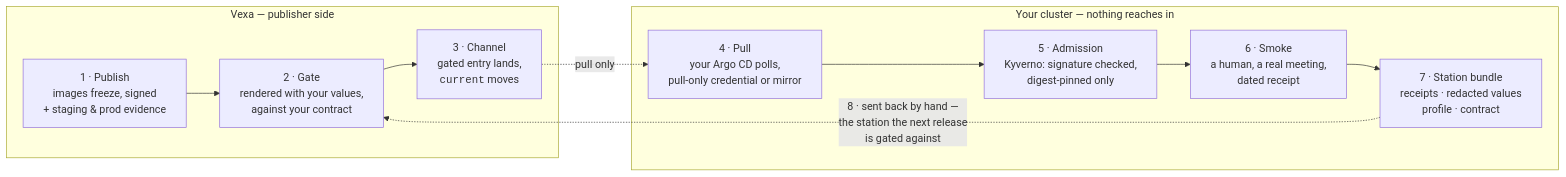
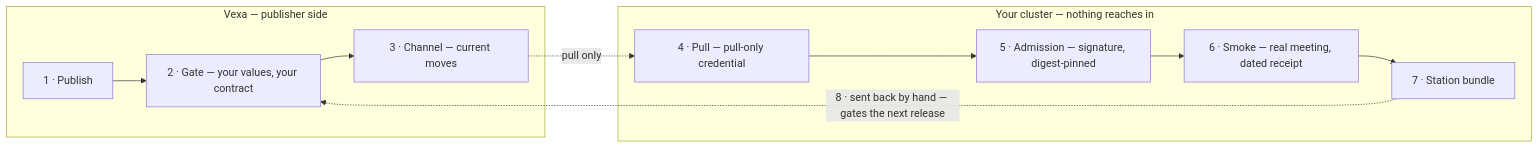
The diagram in docs/how-it-works.mdx (Vexa-ai/vexa-delivery), drawn with Mermaid before and after one commit.

Commit message:
docs: simplify loop diagram labels

````diff
--- a/docs/how-it-works.mdx
+++ b/docs/how-it-works.mdx
@@ -35,18 +35,11 @@
 ```mermaid
 flowchart LR
-    subgraph vexa["Vexa — publisher side"]
-        P["1 · Publish<br/>images freeze, signed<br/>+ staging & prod evidence"]
-        G["2 · Gate<br/>rendered with your values,<br/>against your contract"]
-        C["3 · Channel<br/>gated entry lands,<br/><code>current</code> moves"]
-        P --> G --> C
+    subgraph V["Vexa — publisher side"]
+        P["1 · Publish"] --> G["2 · Gate — your values, your contract"] --> C["3 · Channel — current moves"]
     end
-    subgraph yours["Your cluster — nothing reaches in"]
-        L["4 · Pull<br/>your Argo CD polls,<br/>pull-only credential or mirror"]
-        A["5 · Admission<br/>Kyverno: signature checked,<br/>digest-pinned only"]
-        S["6 · Smoke<br/>a human, a real meeting,<br/>dated receipt"]
-        B["7 · Station bundle<br/>receipts · redacted values<br/>profile · contract"]
-        L --> A --> S --> B
+    subgraph Y["Your cluster — nothing reaches in"]
+        L["4 · Pull — pull-only credential"] --> A["5 · Admission — signature, digest-pinned"] --> S["6 · Smoke — real meeting, dated receipt"] --> B["7 · Station bundle"]
     end
-    C -.->|"pull only"| L
-    B -.->|"8 · sent back by hand —<br/>the station the next release<br/>is gated against"| G
+    C -.->|pull only| L
+    B -.->|"8 · sent back by hand — gates the next release"| G
 ```
````
